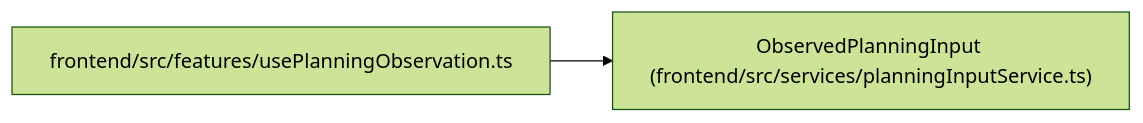
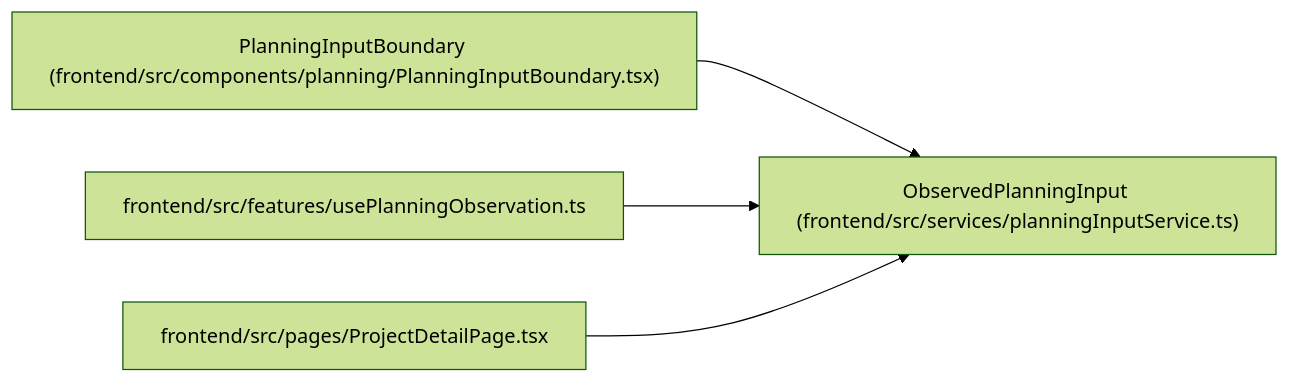
The diagram in docs/llm_wiki/entities/ObservedPlanningInput.md (Denissvgn/WorkChord), drawn with Mermaid (forest theme) before and after one commit. The commit also changed other lines of this file and 555 other files, not shown here.

````diff
--- a/docs/llm_wiki/entities/ObservedPlanningInput.md
+++ b/docs/llm_wiki/entities/ObservedPlanningInput.md
@@ -29,8 +29,14 @@
 ```mermaid
 flowchart LR
     n0["ObservedPlanningInput (frontend/src/services/planningInputService.ts)"]
-    n1["frontend/src/features/usePlanningObservation.ts"]
+    n1["PlanningInputBoundary (frontend/src/components/planning/PlanningInputBoundary.tsx)"]
+    n2["frontend/src/features/usePlanningObservation.ts"]
+    n3["frontend/src/pages/ProjectDetailPage.tsx"]
     n1 --> n0
+    n2 --> n0
+    n3 --> n0
     click n0 "../modules/planningInputService.md"
-    click n1 "../modules/usePlanningObservation.md"
+    click n1 "../modules/PlanningInputBoundary.md"
+    click n2 "../modules/usePlanningObservation.md"
+    click n3 "../modules/ProjectDetailPage.md"
 ```
````
